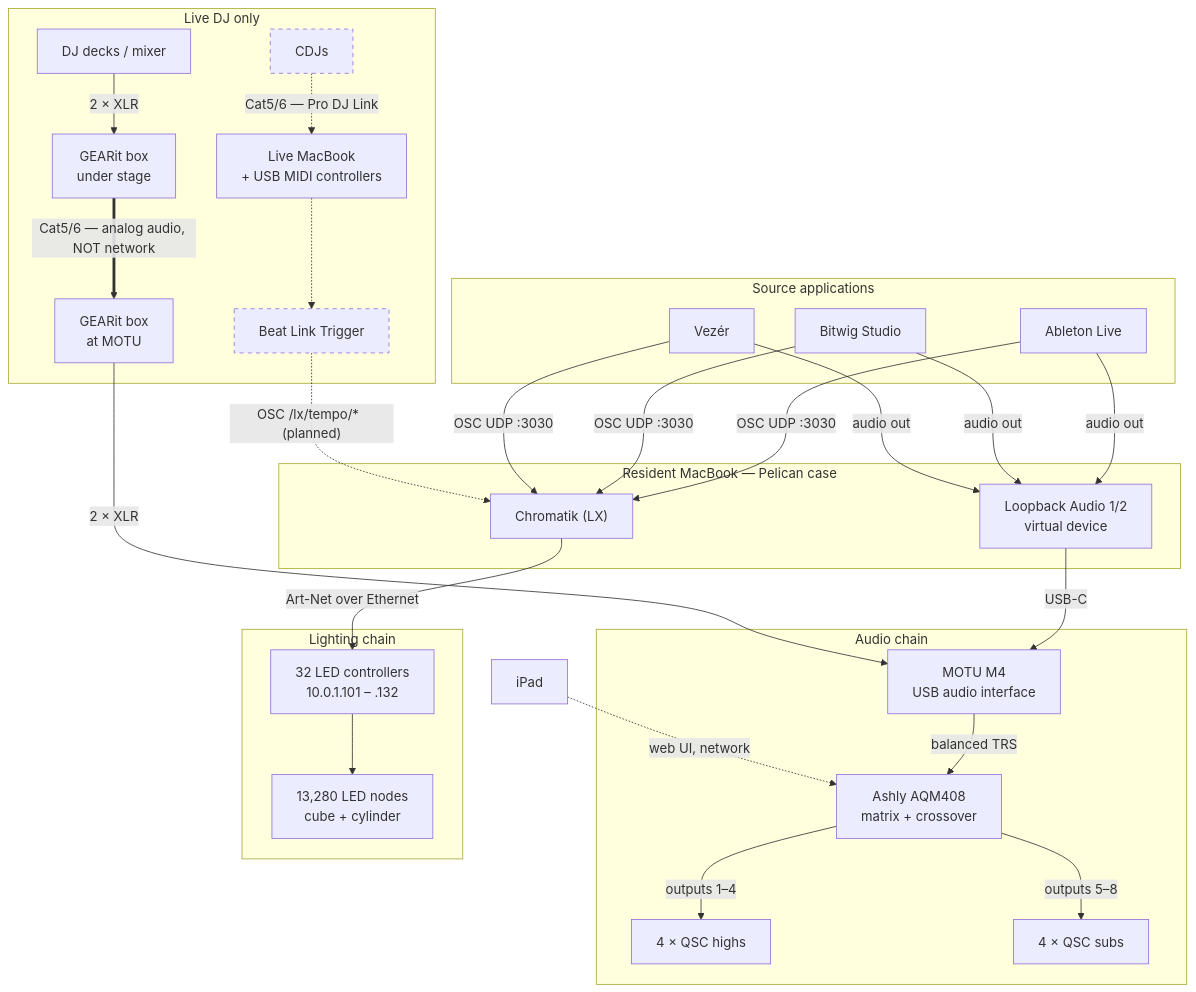
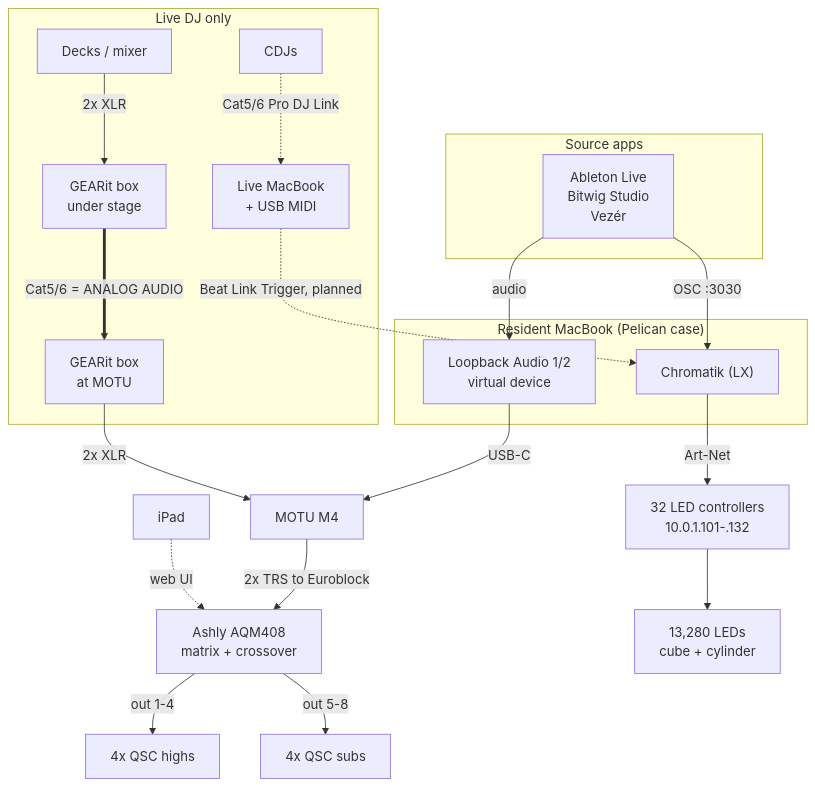
One commit to Apotheneum/Apotheneum changed the diagram in docs/infrastructure/README.md. Above: the diagram before and after it, drawn with Mermaid. The commit also changed other lines of this file and 2 other files, not shown here.

First line of the commit message:
Cut length and fix mermaid rendering

````diff
--- a/docs/infrastructure/README.md
+++ b/docs/infrastructure/README.md
@@ -21,60 +5,43 @@
 ```mermaid
 flowchart TB
-    subgraph SRC["Source applications"]
-        ABL["Ableton Live"]
-        BWG["Bitwig Studio"]
-        VZR["Vezér"]
+    subgraph SRC["Source apps"]
+        APPS["Ableton Live<br>Bitwig Studio<br>Vezér"]
     end
 
-    subgraph RESIDENT["Resident MacBook — Pelican case"]
-        LB["Loopback Audio 1/2<br/>virtual device"]
+    subgraph RESIDENT["Resident MacBook (Pelican case)"]
+        LB["Loopback Audio 1/2<br>virtual device"]
         CHR["Chromatik (LX)"]
     end
 
-    subgraph AUDIO["Audio chain"]
-        MOTU["MOTU M4<br/>USB audio interface"]
-        AQM["Ashly AQM408<br/>matrix + crossover"]
-        HI["4 × QSC highs"]
-        SUB["4 × QSC subs"]
+    MOTU["MOTU M4"]
+    AQM["Ashly AQM408<br>matrix + crossover"]
+    HI["4x QSC highs"]
+    SUB["4x QSC subs"]
+    CTRL["32 LED controllers<br>10.0.1.101-.132"]
+    LEDS["13,280 LEDs<br>cube + cylinder"]
+    IPAD["iPad"]
+
+    subgraph LIVE["Live DJ only"]
+        DECKS["Decks / mixer"]
+        GI1["GEARit box<br>under stage"]
+        GI2["GEARit box<br>at MOTU"]
+        CDJ["CDJs"]
+        LIVEMAC["Live MacBook<br>+ USB MIDI"]
     end
 
-    subgraph LIGHT["Lighting chain"]
-        CTRL["32 LED controllers<br/>10.0.1.101 – .132"]
-        LEDS["13,280 LED nodes<br/>cube + cylinder"]
-    end
+    APPS -->|audio| LB
+    APPS -->|"OSC :3030"| CHR
+    LB -->|USB-C| MOTU
+    MOTU -->|"2x TRS to Euroblock"| AQM
+    AQM -->|"out 1-4"| HI
+    AQM -->|"out 5-8"| SUB
+    CHR -->|"Art-Net"| CTRL
+    CTRL --> LEDS
+    IPAD -.->|web UI| AQM
 
-    subgraph LIVE["Live DJ only"]
-        DECKS["DJ decks / mixer"]
-        GI1["GEARit box<br/>under stage"]
-        GI2["GEARit box<br/>at MOTU"]
-        CDJ["CDJs"]
-        BLT["Beat Link Trigger"]
-        LIVEMAC["Live MacBook<br/>+ USB MIDI controllers"]
-    end
-
-    IPAD["iPad"]
-
-    ABL & BWG & VZR -->|audio out| LB
-    ABL & BWG & VZR -->|"OSC UDP :3030"| CHR
-
-    LB -->|USB-C| MOTU
-    MOTU -->|"balanced TRS"| AQM
-    AQM -->|"outputs 1–4"| HI
-    AQM -->|"outputs 5–8"| SUB
-
-    CHR -->|"Art-Net over Ethernet"| CTRL
-    CTRL --> LEDS
-
-    IPAD -.->|"web UI, network"| AQM
-
-    DECKS -->|"2 × XLR"| GI1
-    GI1 ==>|"Cat5/6 — analog audio, NOT network"| GI2
-    GI2 -->|"2 × XLR"| MOTU
-
-    CDJ -.->|"Cat5/6 — Pro DJ Link"| LIVEMAC
-    LIVEMAC -.-> BLT
-    BLT -.->|"OSC /lx/tempo/*  (planned)"| CHR
-
-    classDef planned stroke-dasharray: 5 5
-    class CDJ,BLT planned
+    DECKS -->|"2x XLR"| GI1
+    GI1 ==>|"Cat5/6 = ANALOG AUDIO"| GI2
+    GI2 -->|"2x XLR"| MOTU
+    CDJ -.->|"Cat5/6 Pro DJ Link"| LIVEMAC
+    LIVEMAC -.->|"Beat Link Trigger, planned"| CHR
 ```
````
